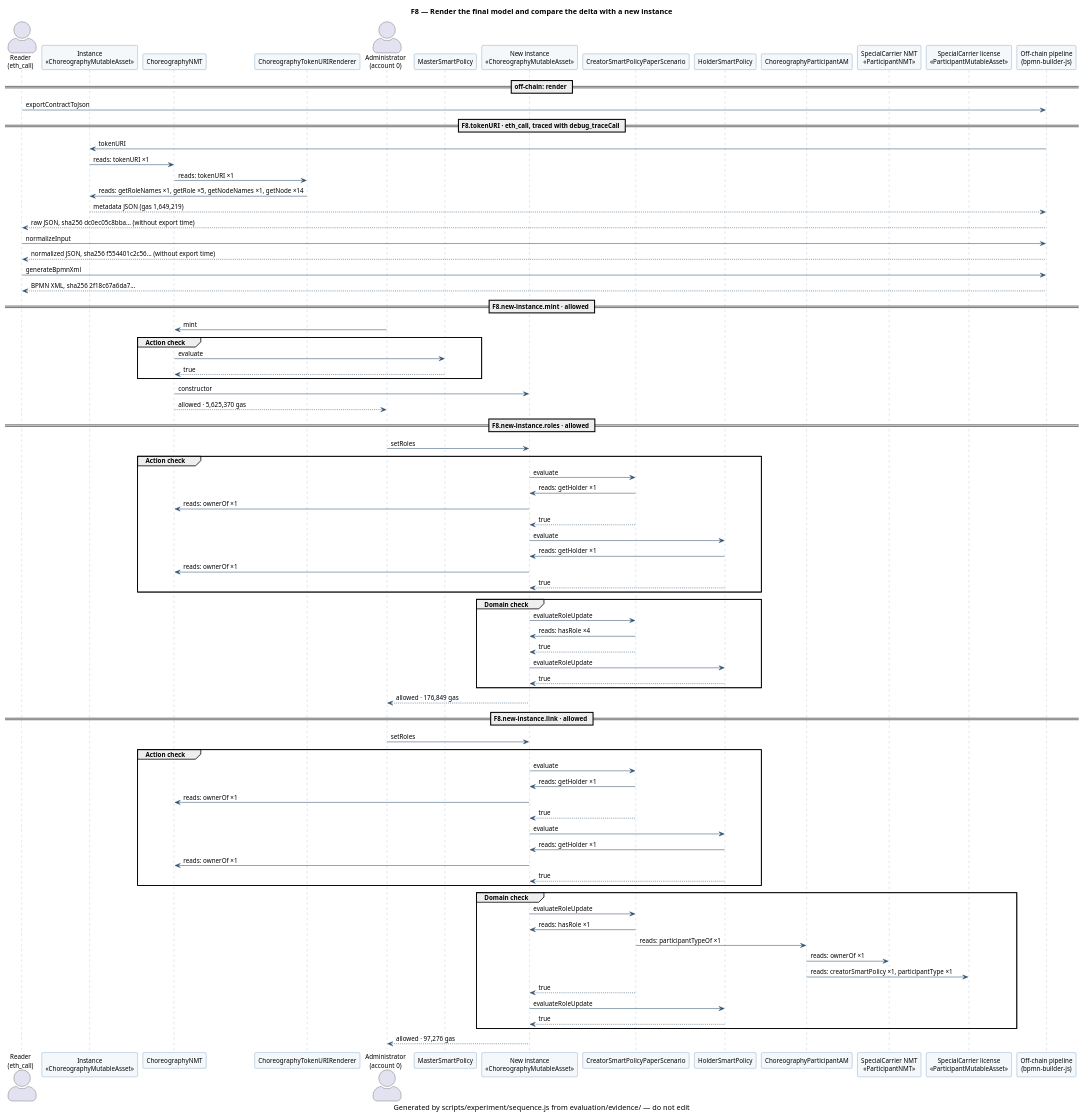
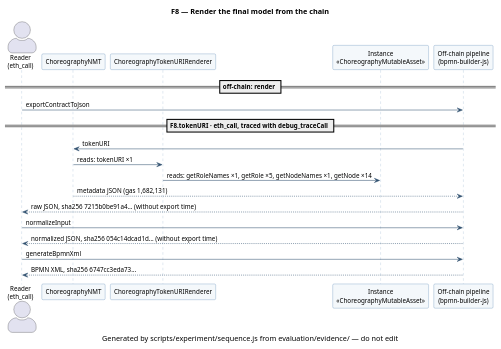
One commit to d0na/ChorNMT changed the diagram in evaluation/evidence/uml/F8.puml. Above: the diagram before and after it, drawn with PlantUML. The commit also changed 94 other files, not shown here.

First line of the commit message:
feat: separate master, creator and holder and license every role in the experiment

```diff
--- a/evaluation/evidence/uml/F8.puml
+++ b/evaluation/evidence/uml/F8.puml
@@ -1,101 +1,41 @@
 @startuml F8
 ' Shared style of the ChorNMT UML diagrams.
 skinparam shadowing false
 skinparam defaultFontName Helvetica
 skinparam defaultFontSize 12
 skinparam actorStyle awesome
 skinparam packageStyle rectangle
 skinparam usecase {
   BackgroundColor #F4F8FB
   BorderColor #3A6EA5
 }
 skinparam sequence {
   ParticipantBackgroundColor #F4F8FB
   ParticipantBorderColor #3A6EA5
   LifeLineBorderColor #8AA9C8
   ArrowColor #2F4F6F
 }
 skinparam note {
   BackgroundColor #FFF8DC
   BorderColor #C9A227
 }
-title F8 — Render the final model and compare the delta with a new instance
+title F8 — Render the final model from the chain
 caption Generated by scripts/experiment/sequence.js from evaluation/evidence/ — do not edit
 actor "Reader\n(eth_call)" as Reader
-participant "Instance\n<<ChoreographyMutableAsset>>" as C15
 participant "ChoreographyNMT" as C5
 participant "ChoreographyTokenURIRenderer" as C3
-actor "Administrator\n(account 0)" as A0
-participant "MasterSmartPolicy" as C0
-participant "New instance\n<<ChoreographyMutableAsset>>" as C21
-participant "CreatorSmartPolicyPaperScenario" as C14
-participant "HolderSmartPolicy" as C2
-participant "ChoreographyParticipantAM" as C13
-participant "SpecialCarrier NMT\n<<ParticipantNMT>>" as C8
-participant "SpecialCarrier license\n<<ParticipantMutableAsset>>" as C16
+participant "Instance\n<<ChoreographyMutableAsset>>" as C26
 participant "Off-chain pipeline\n(bpmn-builder-js)" as OffChain
 == off-chain: render ==
 Reader -> OffChain : exportContractToJson
 == F8.tokenURI · eth_call, traced with debug_traceCall ==
-OffChain -> C15 : tokenURI
-C15 -> C5 : reads: tokenURI ×1
+OffChain -> C5 : tokenURI
 C5 -> C3 : reads: tokenURI ×1
-C3 -> C15 : reads: getRoleNames ×1, getRole ×5, getNodeNames ×1, getNode ×14
-C15 --> OffChain : metadata JSON (gas 1,649,219)
-OffChain --> Reader : raw JSON, sha256 dc0ec05c8bba… (without export time)
+C3 -> C26 : reads: getRoleNames ×1, getRole ×5, getNodeNames ×1, getNode ×14
+C5 --> OffChain : metadata JSON (gas 1,682,131)
+OffChain --> Reader : raw JSON, sha256 7215b0be91a4… (without export time)
 Reader -> OffChain : normalizeInput
-OffChain --> Reader : normalized JSON, sha256 f554401c2c56… (without export time)
+OffChain --> Reader : normalized JSON, sha256 054c14dcad1d… (without export time)
 Reader -> OffChain : generateBpmnXml
-OffChain --> Reader : BPMN XML, sha256 2f18c67a6da7…
-== F8.new-instance.mint · allowed ==
-A0 -> C5 : mint
-group Action check
-C5 -> C0 : evaluate
-C0 --> C5 : true
-end
-C5 -> C21 : constructor
-C5 --> A0 : allowed · 5,625,370 gas
-== F8.new-instance.roles · allowed ==
-A0 -> C21 : setRoles
-group Action check
-C21 -> C14 : evaluate
-C14 -> C21 : reads: getHolder ×1
-C21 -> C5 : reads: ownerOf ×1
-C14 --> C21 : true
-C21 -> C2 : evaluate
-C2 -> C21 : reads: getHolder ×1
-C21 -> C5 : reads: ownerOf ×1
-C2 --> C21 : true
-end
-group Domain check
-C21 -> C14 : evaluateRoleUpdate
-C14 -> C21 : reads: hasRole ×4
-C14 --> C21 : true
-C21 -> C2 : evaluateRoleUpdate
-C2 --> C21 : true
-end
-C21 --> A0 : allowed · 176,849 gas
-== F8.new-instance.link · allowed ==
-A0 -> C21 : setRoles
-group Action check
-C21 -> C14 : evaluate
-C14 -> C21 : reads: getHolder ×1
-C21 -> C5 : reads: ownerOf ×1
-C14 --> C21 : true
-C21 -> C2 : evaluate
-C2 -> C21 : reads: getHolder ×1
-C21 -> C5 : reads: ownerOf ×1
-C2 --> C21 : true
-end
-group Domain check
-C21 -> C14 : evaluateRoleUpdate
-C14 -> C21 : reads: hasRole ×1
-C14 -> C13 : reads: participantTypeOf ×1
-C13 -> C8 : reads: ownerOf ×1
-C13 -> C16 : reads: creatorSmartPolicy ×1, participantType ×1
-C14 --> C21 : true
-C21 -> C2 : evaluateRoleUpdate
-C2 --> C21 : true
-end
-C21 --> A0 : allowed · 97,276 gas
+OffChain --> Reader : BPMN XML, sha256 6747cc3eda73…
 @enduml
```
